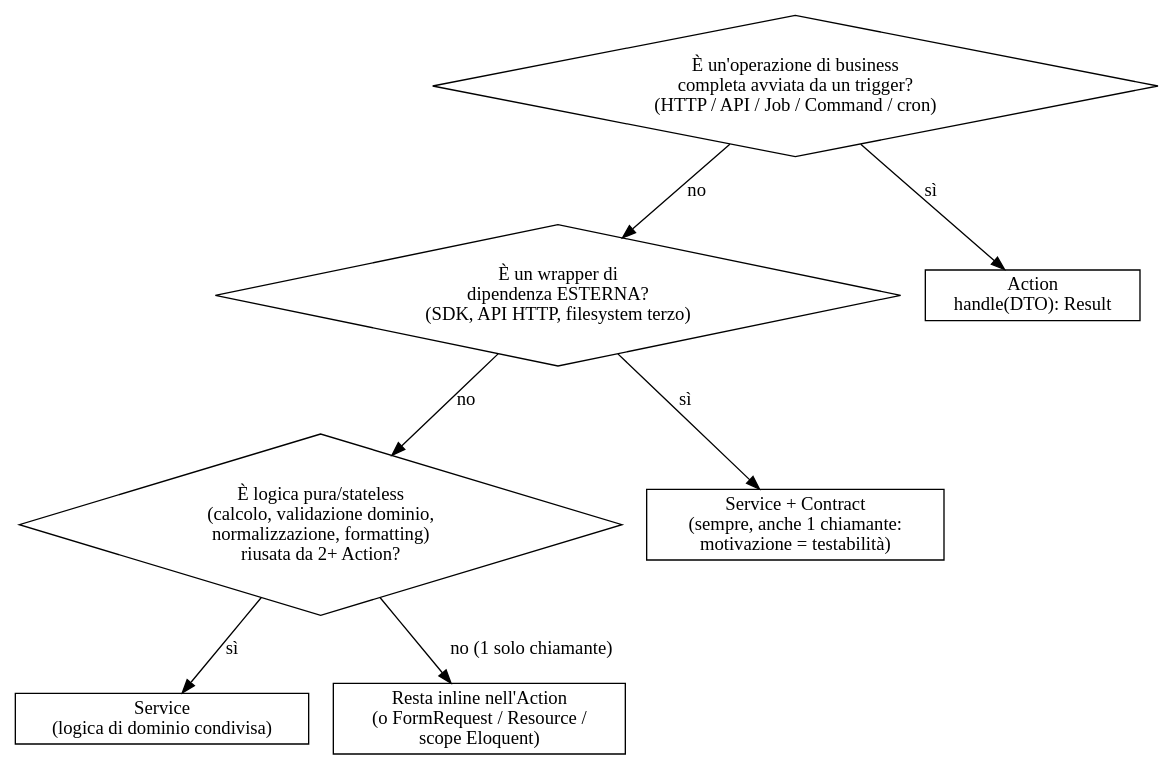
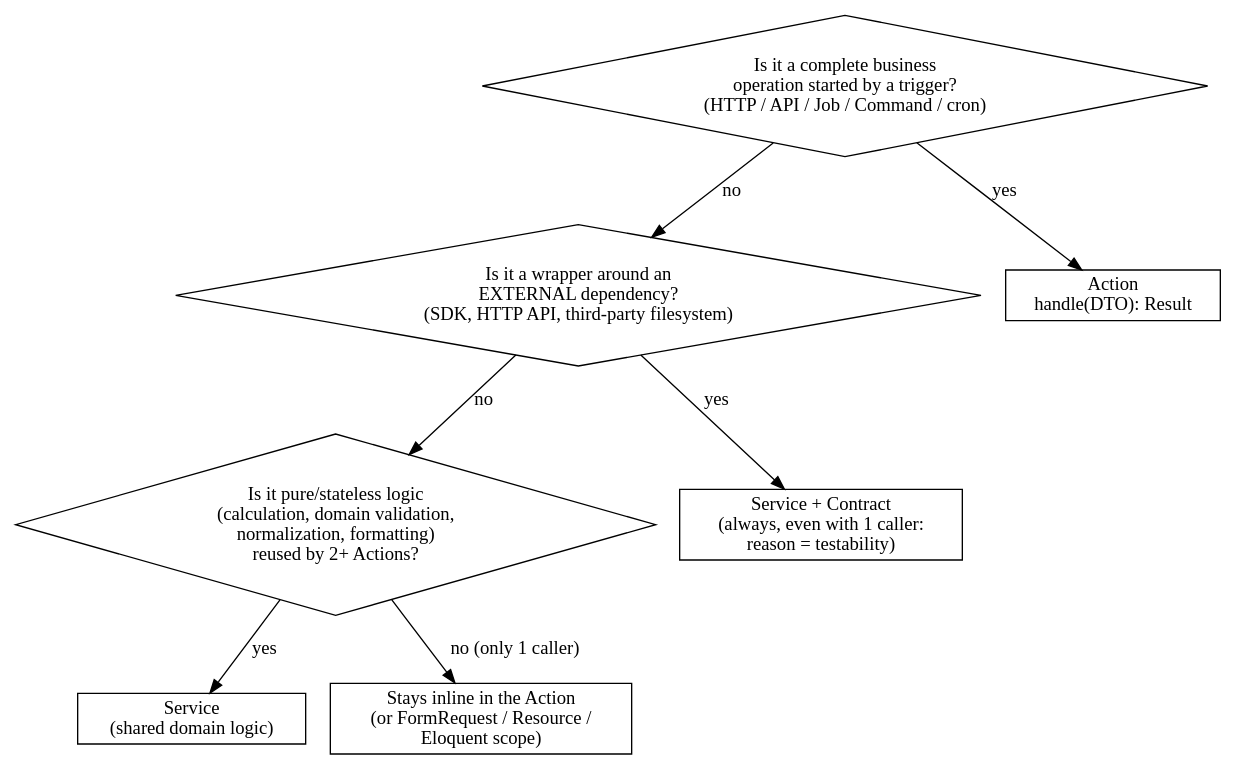
One commit to alemian95/ai-skills changed the diagram in plugins/laravel/skills/laravel-action-vs-service/SKILL.md. Above: the diagram before and after it, drawn with Graphviz. The commit also changed other lines of this file and 129 other files, not shown here.

````diff
--- a/plugins/laravel/skills/laravel-action-vs-service/SKILL.md
+++ b/plugins/laravel/skills/laravel-action-vs-service/SKILL.md
@@ -79,19 +79,19 @@
 ```dot
 digraph decide {
     rankdir=TB;
-    Q1 [shape=diamond, label="È un'operazione di business\ncompleta avviata da un trigger?\n(HTTP / API / Job / Command / cron)"];
-    Q2 [shape=diamond, label="È un wrapper di\ndipendenza ESTERNA?\n(SDK, API HTTP, filesystem terzo)"];
-    Q3 [shape=diamond, label="È logica pura/stateless\n(calcolo, validazione dominio,\nnormalizzazione, formatting)\nriusata da 2+ Action?"];
+    Q1 [shape=diamond, label="Is it a complete business\noperation started by a trigger?\n(HTTP / API / Job / Command / cron)"];
+    Q2 [shape=diamond, label="Is it a wrapper around an\nEXTERNAL dependency?\n(SDK, HTTP API, third-party filesystem)"];
+    Q3 [shape=diamond, label="Is it pure/stateless logic\n(calculation, domain validation,\nnormalization, formatting)\nreused by 2+ Actions?"];
     A [shape=box, label="Action\nhandle(DTO): Result"];
-    S1 [shape=box, label="Service + Contract\n(sempre, anche 1 chiamante:\nmotivazione = testabilità)"];
-    S2 [shape=box, label="Service\n(logica di dominio condivisa)"];
-    INLINE [shape=box, label="Resta inline nell'Action\n(o FormRequest / Resource /\nscope Eloquent)"];
+    S1 [shape=box, label="Service + Contract\n(always, even with 1 caller:\nreason = testability)"];
+    S2 [shape=box, label="Service\n(shared domain logic)"];
+    INLINE [shape=box, label="Stays inline in the Action\n(or FormRequest / Resource /\nEloquent scope)"];
 
-    Q1 -> A [label="sì"];
+    Q1 -> A [label="yes"];
     Q1 -> Q2 [label="no"];
-    Q2 -> S1 [label="sì"];
+    Q2 -> S1 [label="yes"];
     Q2 -> Q3 [label="no"];
-    Q3 -> S2 [label="sì"];
-    Q3 -> INLINE [label="no (1 solo chiamante)"];
+    Q3 -> S2 [label="yes"];
+    Q3 -> INLINE [label="no (only 1 caller)"];
 }
 ```
````
